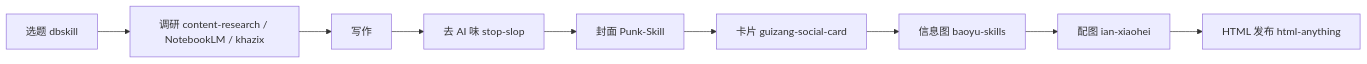
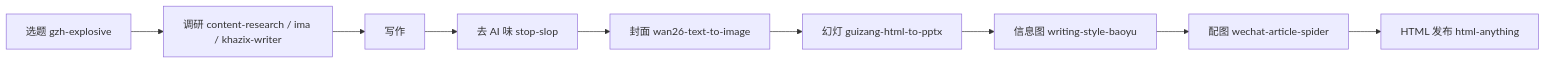
The first of 2 diagrams in part-01-skill/content-pipeline-skills.md (AlataChan/yuangongyiaicourse), drawn with Mermaid before and after one commit. The commit also changed other lines of this file and 5 other files, not shown here.

````diff
--- a/part-01-skill/content-pipeline-skills.md
+++ b/part-01-skill/content-pipeline-skills.md
@@ -23,11 +23,11 @@
 ```mermaid
 flowchart LR
-  A[选题 dbskill] --> B[调研 content-research / NotebookLM / khazix]
+  A[选题 gzh-explosive] --> B[调研 content-research / ima / khazix-writer]
   B --> C[写作]
   C --> D[去 AI 味 stop-slop]
-  D --> E[封面 Punk-Skill]
-  E --> F[卡片 guizang-social-card]
-  F --> G[信息图 baoyu-skills]
-  G --> H[配图 ian-xiaohei]
+  D --> E[封面 wan26-text-to-image]
+  E --> F[幻灯 guizang-html-to-pptx]
+  F --> G[信息图 writing-style-baoyu]
+  G --> H[配图 wechat-article-spider]
   H --> I[HTML 发布 html-anything]
 ```
````
